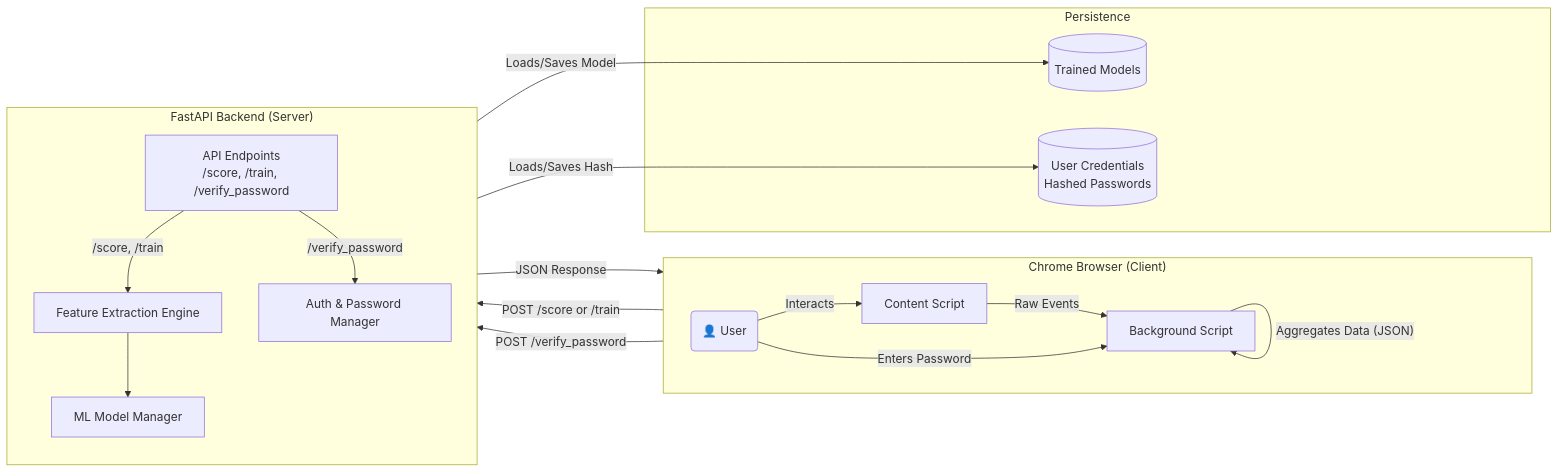
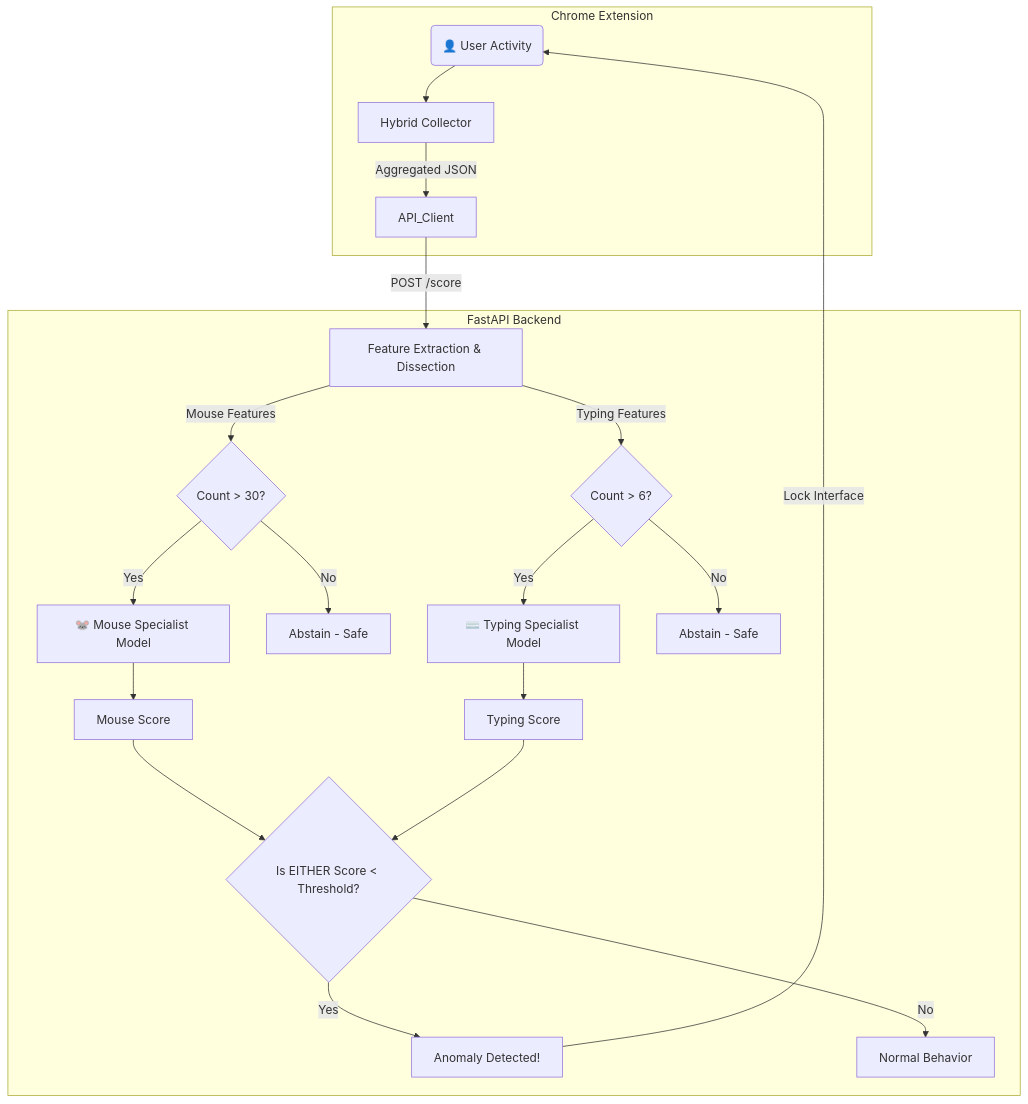
The diagram in docs/03_SYSTEM_ARCHITECTURE.md (Sureinity/maxidom), drawn with Mermaid before and after one commit. The commit also changed other lines of this file, not shown here.

````diff
--- a/docs/03_SYSTEM_ARCHITECTURE.md
+++ b/docs/03_SYSTEM_ARCHITECTURE.md
@@ -70,35 +67,30 @@
 ```mermaid
-graph LR
-    subgraph "Chrome Browser (Client)"
-        direction LR
-        User(👤 User) -- "Interacts" --> ContentScript[Content Script]
-        ContentScript -- "Raw Events" --> BackgroundScript[Background Script]
-        BackgroundScript -- "Aggregates Data (JSON)" --> BackgroundScript
+graph TD
+    subgraph "Chrome Extension"
+        User(👤 User Activity) --> Collector[Hybrid Collector]
+        Collector -- "Aggregated JSON" --> API_Client
     end
 
-    subgraph "FastAPI Backend (Server)"
-        direction TB
-        API[API Endpoints<br>/score, /train, /verify_password]
-        FeatureExtractor[Feature Extraction Engine]
-        ModelManager[ML Model Manager]
-        AuthManager[Auth & Password Manager]
+    subgraph "FastAPI Backend"
+        API_Client -- "POST /score" --> Dissector[Feature Extraction & Dissection]
         
-        API -- "/score, /train" --> FeatureExtractor
-        FeatureExtractor --> ModelManager
-        API -- "/verify_password" --> AuthManager
+        Dissector -- "Mouse Features" --> GateM{Count > 30?}
+        Dissector -- "Typing Features" --> GateK{Count > 6?}
+        
+        GateM -- "Yes" --> ModelM[🐭 Mouse Specialist Model]
+        GateM -- "No" --> AbstainM[Abstain - Safe]
+        
+        GateK -- "Yes" --> ModelK[⌨️ Typing Specialist Model]
+        GateK -- "No" --> AbstainK[Abstain - Safe]
+        
+        ModelM --> ScoreM[Mouse Score]
+        ModelK --> ScoreK[Typing Score]
+        
+        ScoreM & ScoreK --> Logic{Is EITHER Score < Threshold?}
+        
+        Logic -- "Yes" --> Response[Anomaly Detected!]
+        Logic -- "No" --> ResponseOK[Normal Behavior]
     end
 
-    subgraph "Persistence"
-        ModelStorage[(Trained Models)]
-        UserDB[(User Credentials<br>Hashed Passwords)]
-    end
-
-    BackgroundScript -- "POST /score or /train" --> API
-    API -- "JSON Response" --> BackgroundScript
-
-    ModelManager -- "Loads/Saves Model" --> ModelStorage
-    AuthManager -- "Loads/Saves Hash" --> UserDB
-
-    User -- "Enters Password" --> BackgroundScript
-    BackgroundScript -- "POST /verify_password" --> API
+    Response -- "Lock Interface" --> User
 ```
````
